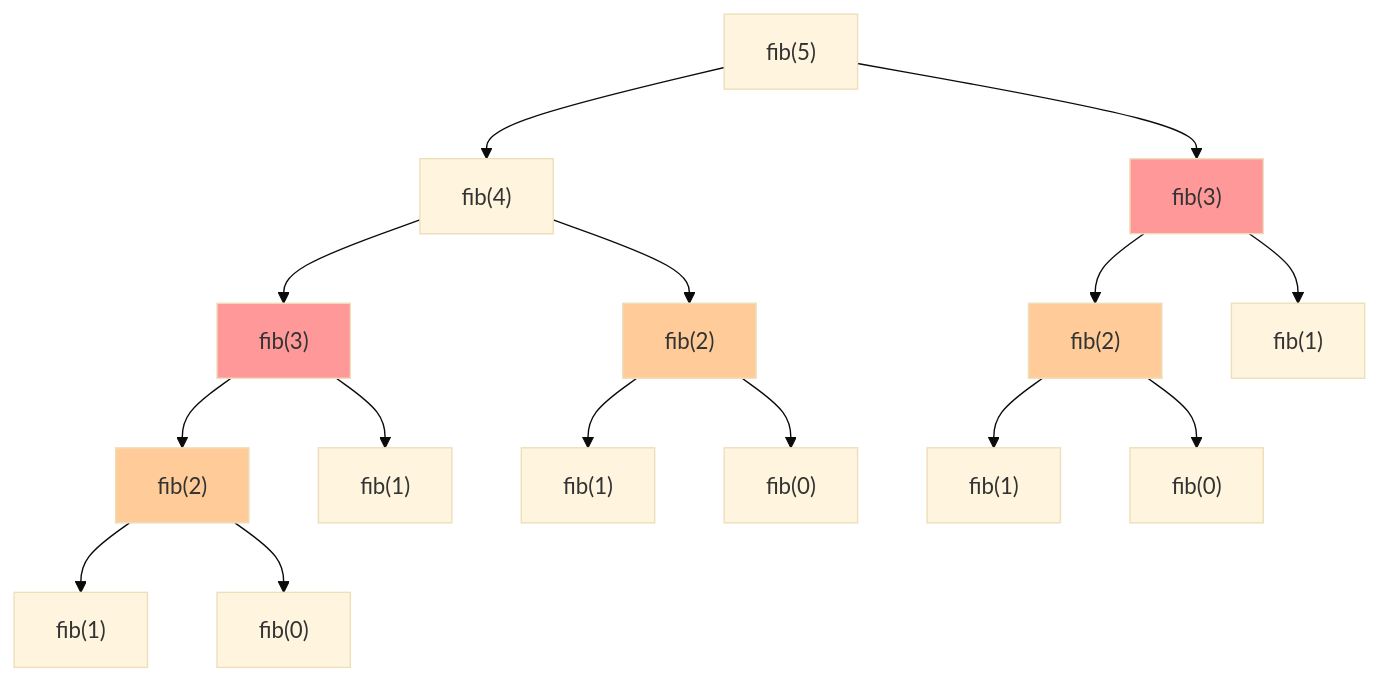
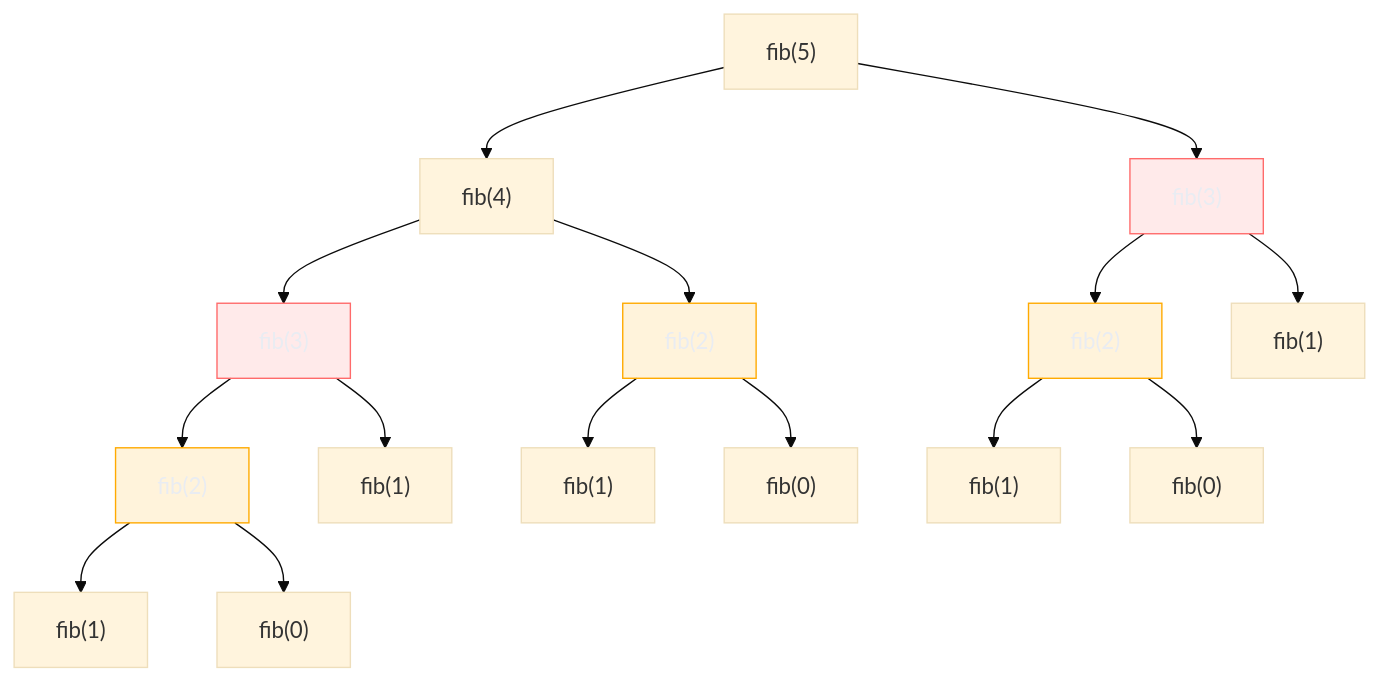
Before and after one commit to josenaldo/codex-technomanticus: the fifth of 5 diagrams in 03-Dominios/Ciência/Algoritmos/04 - Recursão.md, drawn with Mermaid (base theme). The commit also changed 1181 other files, not shown here.

First line of the commit message:
fix(diagramas): paleta do sistema no lugar de cor cravada no markdown

````diff
--- a/03-Dominios/Ciência/Algoritmos/04 - Recursão.md
+++ b/03-Dominios/Ciência/Algoritmos/04 - Recursão.md
@@ -236,22 +236,24 @@
 ```mermaid
 graph TD
+    classDef falha fill:#FF6B6B24,stroke:#FF6B6B,color:#E9ECF2
+    classDef destaque fill:#FFAA0024,stroke:#FFAA00,color:#E9ECF2
     F5["fib(5)"] --> F4a["fib(4)"]
     F5 --> F3a["fib(3)"]
     F4a --> F3b["fib(3)"]
     F4a --> F2a["fib(2)"]
     F3a --> F2b["fib(2)"]
     F3a --> F1a["fib(1)"]
     F3b --> F2c["fib(2)"]
     F3b --> F1b["fib(1)"]
     F2a --> F1c["fib(1)"]
     F2a --> F0a["fib(0)"]
     F2b --> F1d["fib(1)"]
     F2b --> F0b["fib(0)"]
     F2c --> F1e["fib(1)"]
     F2c --> F0c["fib(0)"]
-    style F3a fill:#f99
-    style F3b fill:#f99
-    style F2a fill:#fc9
-    style F2b fill:#fc9
-    style F2c fill:#fc9
+    class F3a falha
+    class F3b falha
+    class F2a destaque
+    class F2b destaque
+    class F2c destaque
 ```
````
